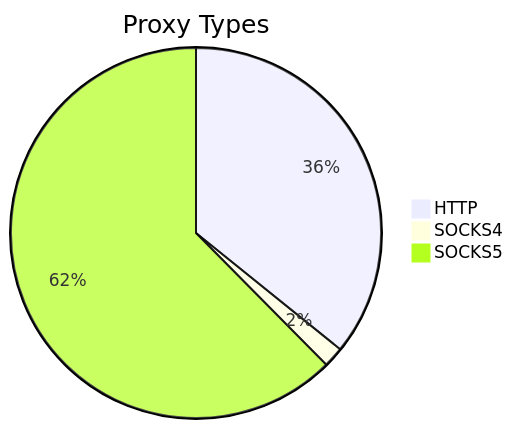
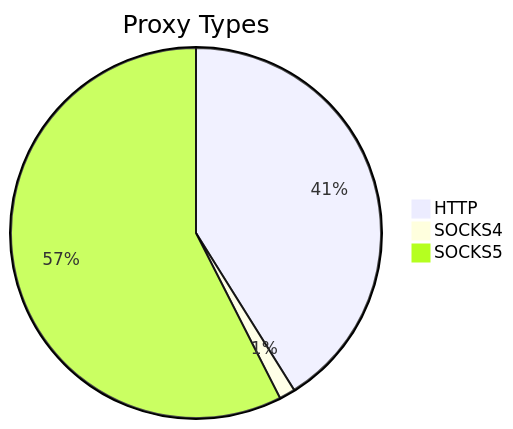
One commit to stormsia/proxy-list changed the first of 2 diagrams in README.md. Above: the diagram before and after it, drawn with Mermaid. The commit also changed other lines of this file, not shown here.

````diff
--- a/README.md
+++ b/README.md
@@ -21,6 +21,6 @@
 ```mermaid
 pie title Proxy Types
-    "HTTP" : 541
-    "SOCKS4" : 27
-    "SOCKS5" : 943
+    "HTTP" : 617
+    "SOCKS4" : 21
+    "SOCKS5" : 863
 ```
````
